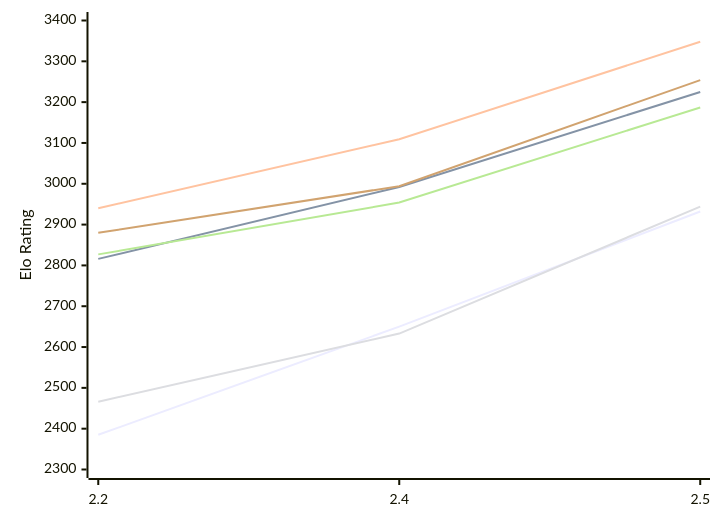
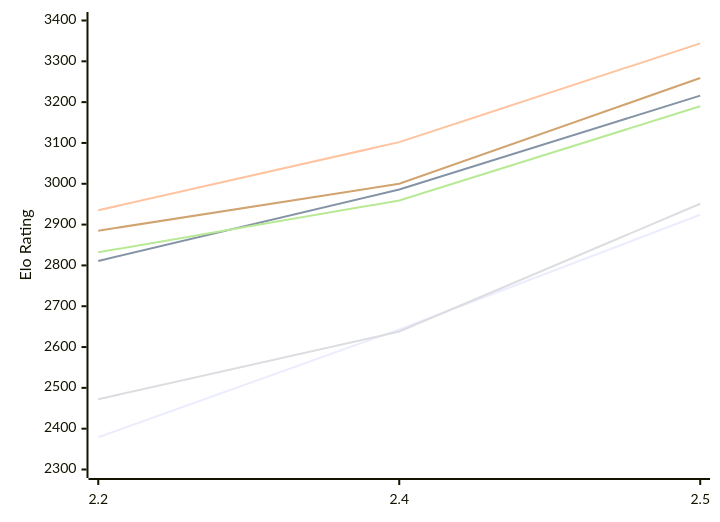
One commit to computer-chess-index/cci changed the first of 2 diagrams in engines/Sloth.md. Above: the diagram before and after it, drawn with Mermaid. The commit also changed other lines of this file, not shown here.

Commit message:
Update CCI Ratings (ELO VLTC) - 2026-11-18

````diff
--- a/engines/Sloth.md
+++ b/engines/Sloth.md
@@ -52,12 +52,12 @@
 ```mermaid
 %%{init: {"theme":"base","themeVariables":{"seriesColors:['#a3a3a3','#222221','#faa371']}}}%%
 xychart-beta
   x-axis ["2.2", "2.4", "2.5"]
   y-axis "Elo Rating" 2300 --> 3400
-  line "E1: STC (8.0+0.08s)" [2385, 2650, 2932]
-  line "E1: LTC (60.0+0.60s)" [2816, 2992, 3225]
-  line "E1: VLTC (2m24s+1.12s)" [2940, 3109, 3348]
-  line "P1: STC (8.0+0.08s)" [2466, 2633, 2944]
-  line "P1: LTC (60.0+0.60s)" [2827, 2954, 3187]
-  line "P1: VLTC (2m24s+1.12s)" [2880, 2994, 3254]
+  line "E1: STC (8.0+0.08s)" [2379, 2643, 2924]
+  line "E1: LTC (60.0+0.60s)" [2811, 2986, 3216]
+  line "E1: VLTC (2m24s+1.12s)" [2935, 3102, 3344]
+  line "P1: STC (8.0+0.08s)" [2472, 2638, 2951]
+  line "P1: LTC (60.0+0.60s)" [2832, 2959, 3190]
+  line "P1: VLTC (2m24s+1.12s)" [2885, 3000, 3259]
 ```
````
